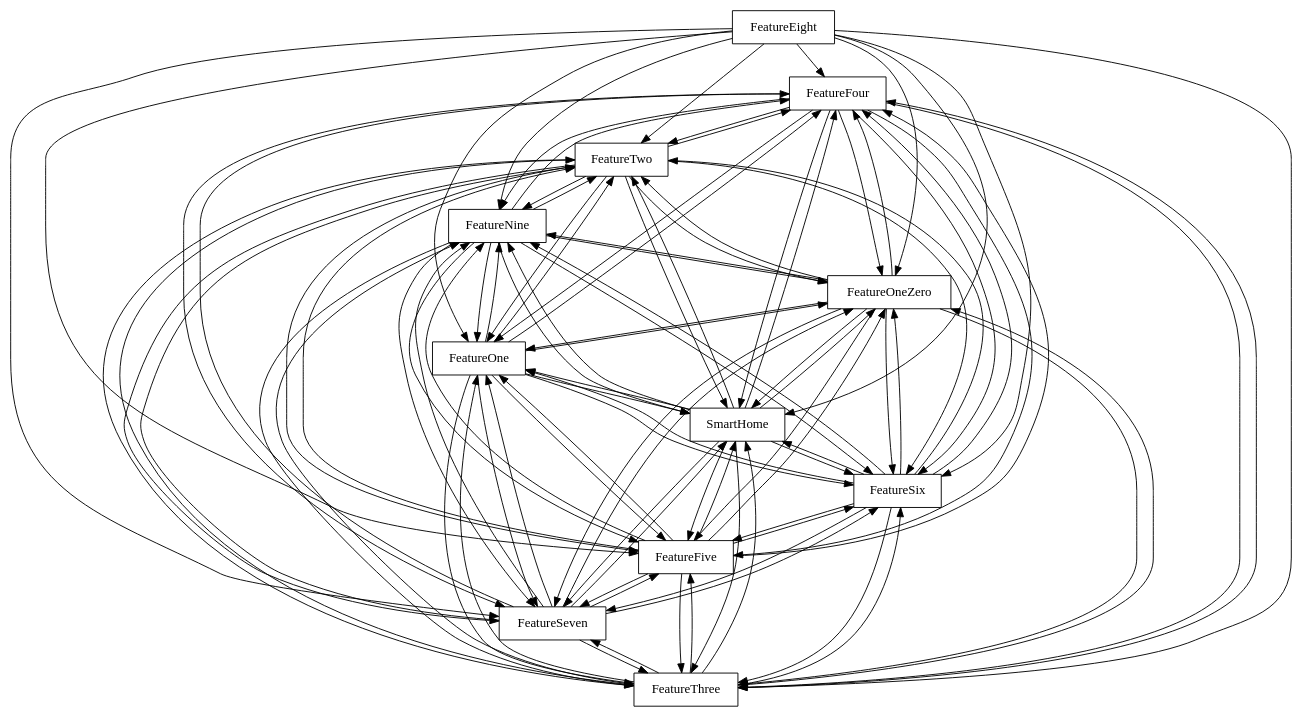
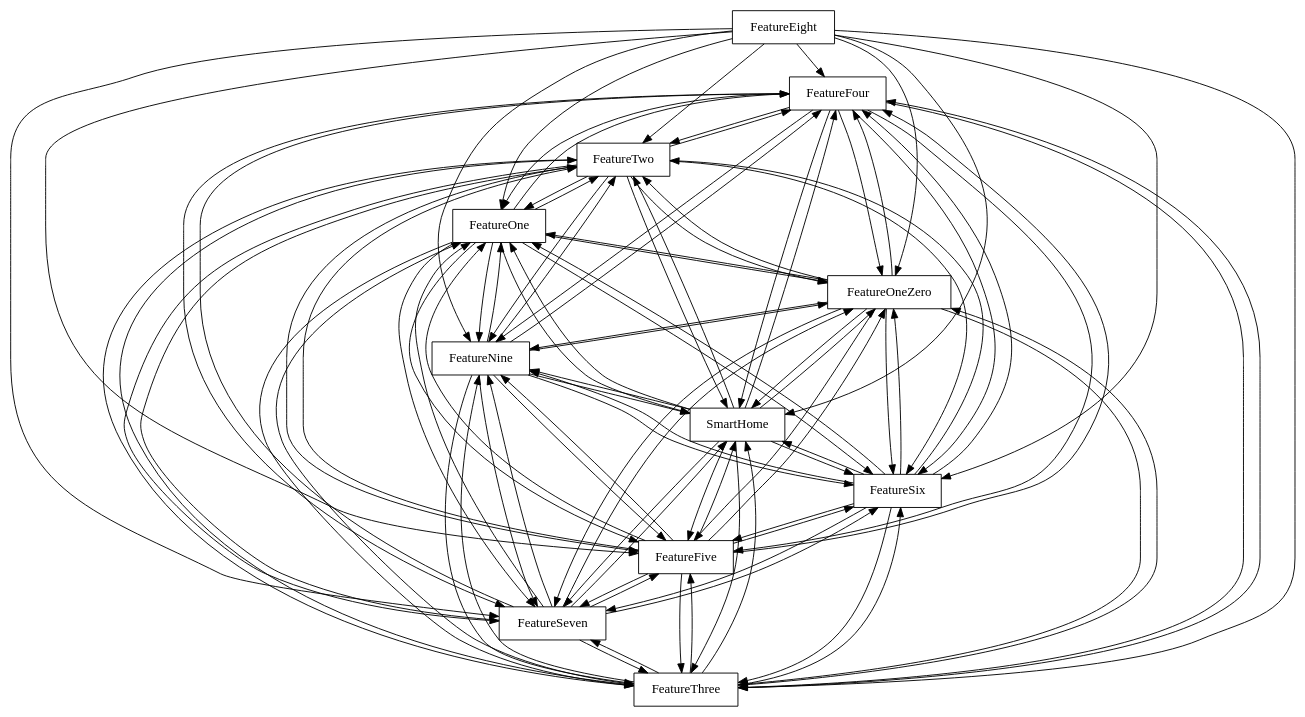
Before and after one commit to FAMILIAR-project/familiar-language: the diagram in FAMILIAR/output/SPLOT-big/fm_91_model_20110704_555218409.xml.dot, drawn with Graphviz. The commit also changed 204 other files, not shown here.

```diff
--- a/FAMILIAR/output/SPLOT-big/fm_91_model_20110704_555218409.xml.dot
+++ b/FAMILIAR/output/SPLOT-big/fm_91_model_20110704_555218409.xml.dot
@@ -1,116 +1,116 @@
 digraph{
 graph [rankdir=TB];
 node [shape=box];
 edge [arrowhead=normal];
 0[label="FeatureFour",]
 1[label="FeatureTwo",]
 2[label="FeatureThree",]
 3[label="FeatureSeven",]
 4[label="FeatureFive",]
 5[label="FeatureSix",]
 6[label="SmartHome",]
 7[label="FeatureEight",]
-8[label="FeatureOne",]
+8[label="FeatureNine",]
 9[label="FeatureOneZero",]
-10[label="FeatureNine",]
+10[label="FeatureOne",]
 0->1[label="",]
 0->2[label="",]
 0->3[label="",]
 0->4[label="",]
 0->5[label="",]
 0->6[label="",]
 0->8[label="",]
 0->9[label="",]
 0->10[label="",]
 1->0[label="",]
 1->2[label="",]
 1->3[label="",]
 1->4[label="",]
 1->5[label="",]
 1->6[label="",]
 1->8[label="",]
 1->9[label="",]
 1->10[label="",]
 2->0[label="",]
 2->1[label="",]
 2->3[label="",]
 2->4[label="",]
 2->5[label="",]
 2->6[label="",]
 2->8[label="",]
 2->9[label="",]
 2->10[label="",]
 3->0[label="",]
 3->1[label="",]
 3->2[label="",]
 3->4[label="",]
 3->5[label="",]
 3->6[label="",]
 3->8[label="",]
 3->9[label="",]
 3->10[label="",]
 4->0[label="",]
 4->1[label="",]
 4->2[label="",]
 4->3[label="",]
 4->5[label="",]
 4->6[label="",]
 4->8[label="",]
 4->9[label="",]
 4->10[label="",]
 5->0[label="",]
 5->1[label="",]
 5->2[label="",]
 5->3[label="",]
 5->4[label="",]
 5->6[label="",]
 5->8[label="",]
 5->9[label="",]
 5->10[label="",]
 6->0[label="",]
 6->1[label="",]
 6->2[label="",]
 6->3[label="",]
 6->4[label="",]
 6->5[label="",]
 6->8[label="",]
 6->9[label="",]
 6->10[label="",]
 7->0[label="",]
 7->1[label="",]
 7->2[label="",]
 7->3[label="",]
 7->4[label="",]
 7->5[label="",]
 7->6[label="",]
 7->8[label="",]
 7->9[label="",]
 7->10[label="",]
 8->0[label="",]
 8->1[label="",]
 8->2[label="",]
 8->3[label="",]
 8->4[label="",]
 8->5[label="",]
 8->6[label="",]
 8->9[label="",]
 8->10[label="",]
 9->0[label="",]
 9->1[label="",]
 9->2[label="",]
 9->3[label="",]
 9->4[label="",]
 9->5[label="",]
 9->6[label="",]
 9->8[label="",]
 9->10[label="",]
 10->0[label="",]
 10->1[label="",]
 10->2[label="",]
 10->3[label="",]
 10->4[label="",]
 10->5[label="",]
 10->6[label="",]
 10->8[label="",]
 10->9[label="",]
 }
```
